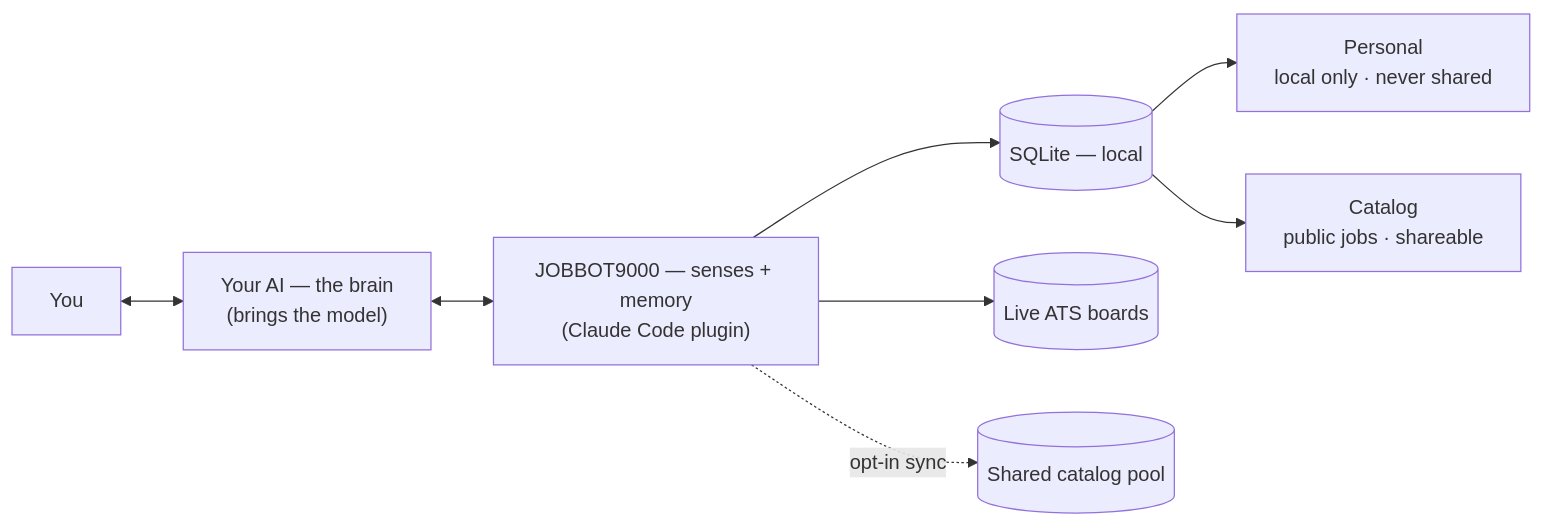
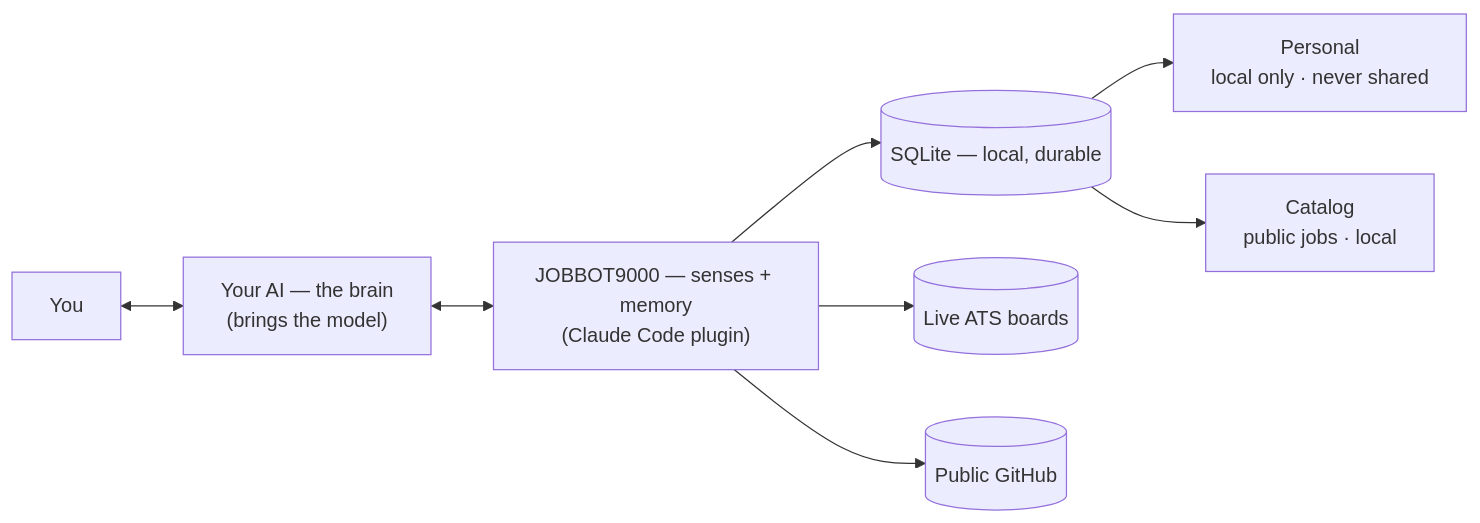
The first of 2 diagrams in README.md (algorhythmic/jobbot9000), drawn with Mermaid before and after one commit. The commit also changed other lines of this file and 19 other files, not shown here.

````diff
--- a/README.md
+++ b/README.md
@@ -5,10 +5,10 @@
 ```mermaid
 flowchart LR
   You <--> AI["Your AI — the brain<br/>(brings the model)"]
   AI <--> JB["JOBBOT9000 — senses + memory<br/>(Claude Code plugin)"]
-  JB --> DB[("SQLite — local")]
+  JB --> DB[("SQLite — local, durable")]
   DB --> P["Personal<br/>local only · never shared"]
-  DB --> C["Catalog<br/>public jobs · shareable"]
+  DB --> C["Catalog<br/>public jobs · local"]
   JB --> ATS[("Live ATS boards")]
-  JB -. "opt-in sync" .-> POOL[("Shared catalog pool")]
+  JB --> GH[("Public GitHub")]
 ```
````
